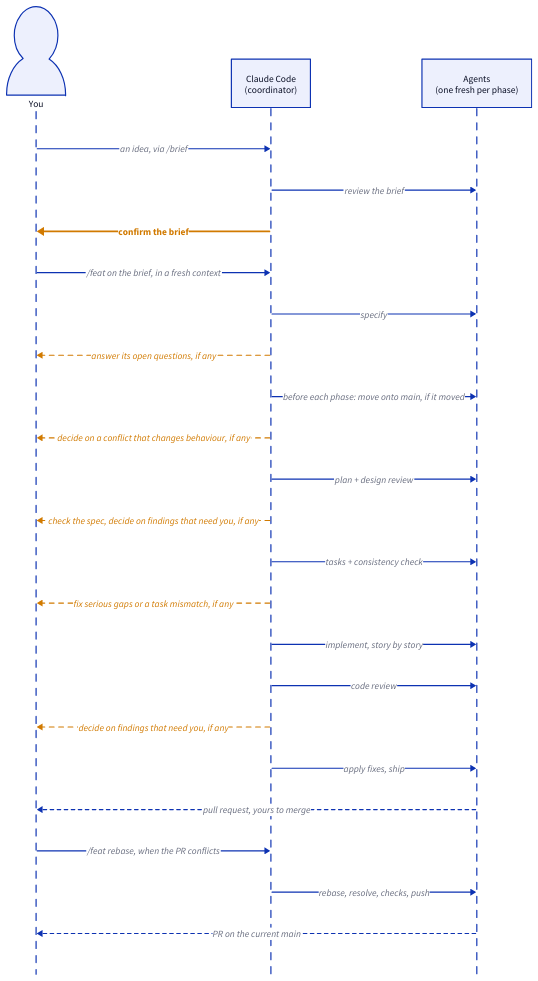
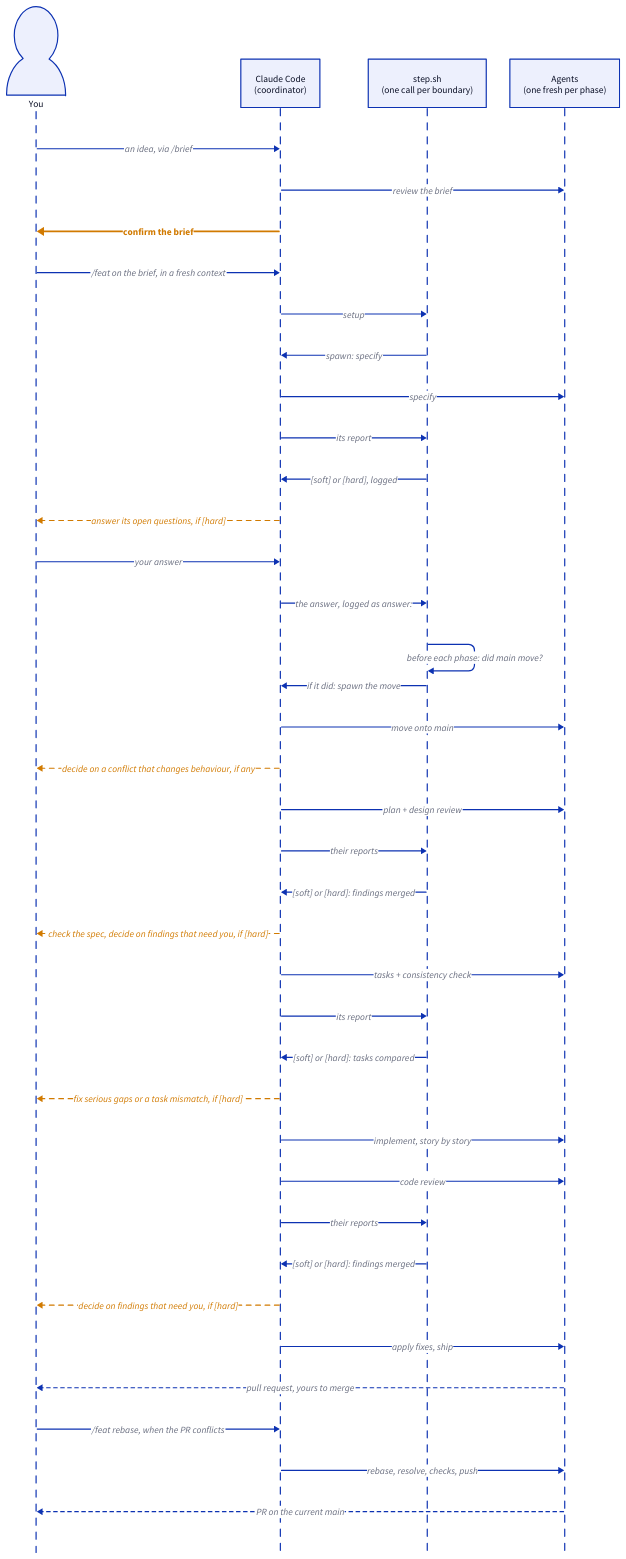
One commit to pdemagny/feat-agent changed the diagram in docs/diagrams/gates.d2. Above: the diagram before and after it, drawn with D2. The commit also changed 523 other files, not shown here.

First line of the commit message:
feat(step): one step.sh call per /feat and /fix phase boundary

```diff
--- a/docs/diagrams/gates.d2
+++ b/docs/diagrams/gates.d2
@@ -1,36 +1,51 @@
 # Who does what, and when the run waits for you (small and medium features).
 # Render with `mise run diagrams`; the SVG is docs/img/gates.svg.
 shape: sequence_diagram
 
 classes: {
   # always stops
   gate: {style: {stroke: "#d17a00"; stroke-width: 3; font-color: "#d17a00"; bold: true}}
   # stops only when something needs your call
   maybe: {style: {stroke: "#d17a00"; stroke-width: 2; stroke-dash: 4; font-color: "#d17a00"}}
   back: {style.stroke-dash: 3}
 }
 
 you: You {shape: person}
 cc: Claude Code\n(coordinator)
+step: step.sh\n(one call per boundary)
 agents: Agents\n(one fresh per phase)
 
 you -> cc: an idea, via /brief
 cc -> agents: review the brief
 cc -> you: confirm the brief {class: gate}
 you -> cc: /feat on the brief, in a fresh context
+cc -> step: setup
+step -> cc: spawn: specify
 cc -> agents: specify
-cc -> you: answer its open questions, if any {class: maybe}
-cc -> agents: before each phase: move onto main, if it moved
+cc -> step: its report
+step -> cc: "[soft] or [hard], logged"
+cc -> you: "answer its open questions, if [hard]" {class: maybe}
+you -> cc: your answer
+cc -> step: "the answer, logged as answer:"
+step -> step: "before each phase: did main move?"
+step -> cc: "if it did: spawn the move"
+cc -> agents: move onto main
 cc -> you: decide on a conflict that changes behaviour, if any {class: maybe}
 cc -> agents: plan + design review
-cc -> you: check the spec, decide on findings that need you, if any {class: maybe}
+cc -> step: their reports
+step -> cc: "[soft] or [hard]: findings merged"
+cc -> you: "check the spec, decide on findings that need you, if [hard]" {class: maybe}
 cc -> agents: tasks + consistency check
-cc -> you: fix serious gaps or a task mismatch, if any {class: maybe}
+cc -> step: its report
+step -> cc: "[soft] or [hard]: tasks compared"
+cc -> you: "fix serious gaps or a task mismatch, if [hard]" {class: maybe}
 cc -> agents: implement, story by story
 cc -> agents: code review
-cc -> you: decide on findings that need you, if any {class: maybe}
+cc -> step: their reports
+step -> cc: "[soft] or [hard]: findings merged"
+cc -> you: "decide on findings that need you, if [hard]" {class: maybe}
 cc -> agents: apply fixes, ship
 agents -> you: pull request, yours to merge {class: back}
 you -> cc: /feat rebase, when the PR conflicts
 cc -> agents: rebase, resolve, checks, push
 agents -> you: PR on the current main {class: back}
```
